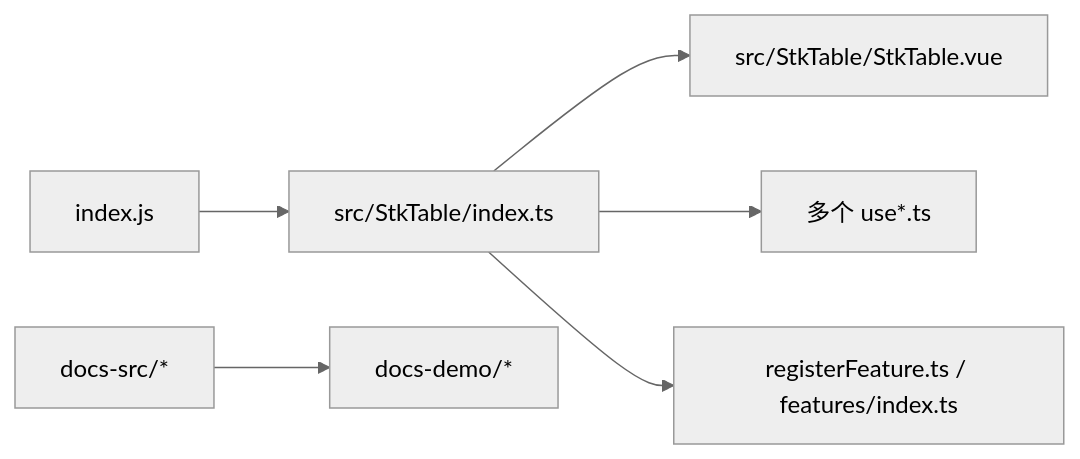
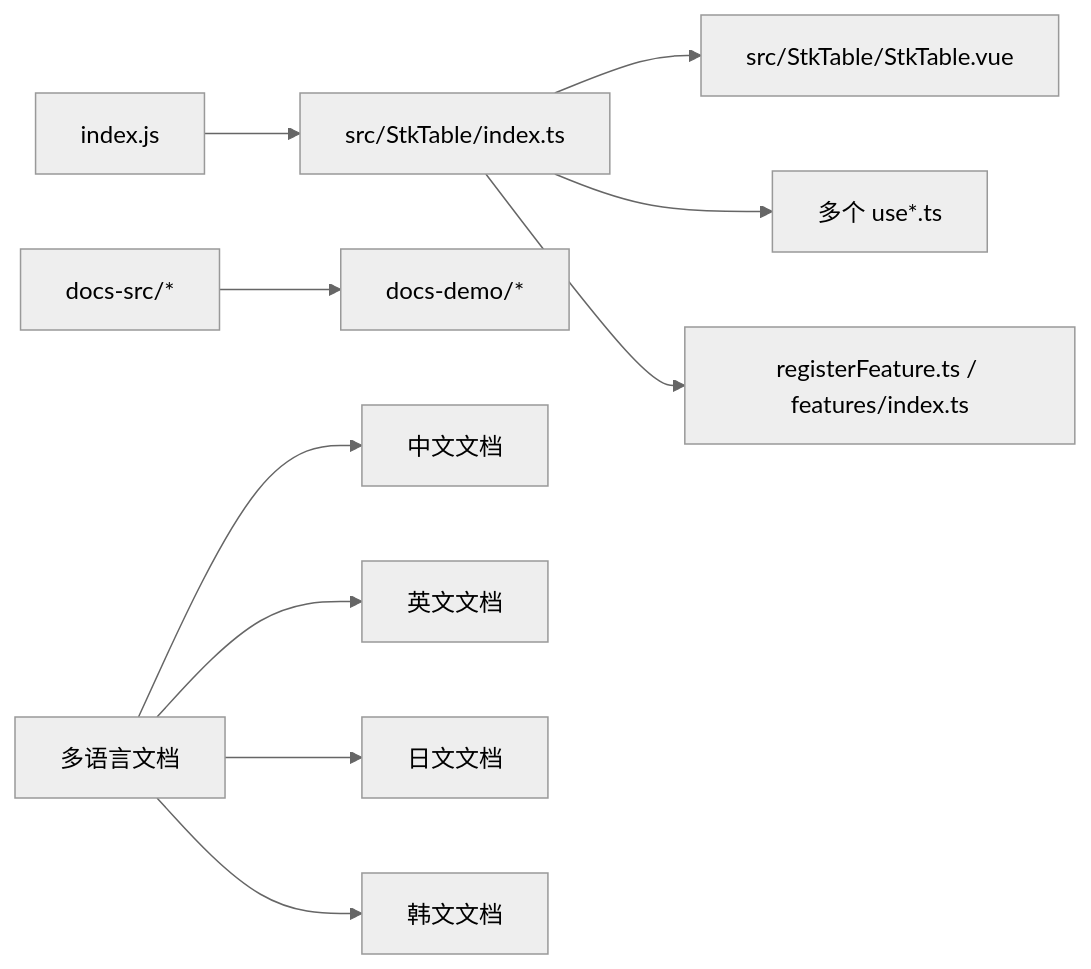
The fifth of 5 diagrams in .qoder/repowiki/zh/content/项目概览.md (ja-plus/stk-table-vue), drawn with Mermaid (neutral theme) before and after one commit. The commit also changed other lines of this file and 3 other files, not shown here.

````diff
--- a/.qoder/repowiki/zh/content/项目概览.md
+++ b/.qoder/repowiki/zh/content/项目概览.md
@@ -397,8 +432,12 @@
 ```mermaid
 graph LR
 Entry["index.js"] --> Core["src/StkTable/index.ts"]
 Core --> Comp["src/StkTable/StkTable.vue"]
 Core --> Hooks["多个 use*.ts"]
 Core --> Ext["registerFeature.ts / features/index.ts"]
 Docs["docs-src/*"] --> Demo["docs-demo/*"]
+MultiLang["多语言文档"] --> CN["中文文档"]
+MultiLang --> EN["英文文档"]
+MultiLang --> JA["日文文档"]
+MultiLang --> KO["韩文文档"]
 ```
````
